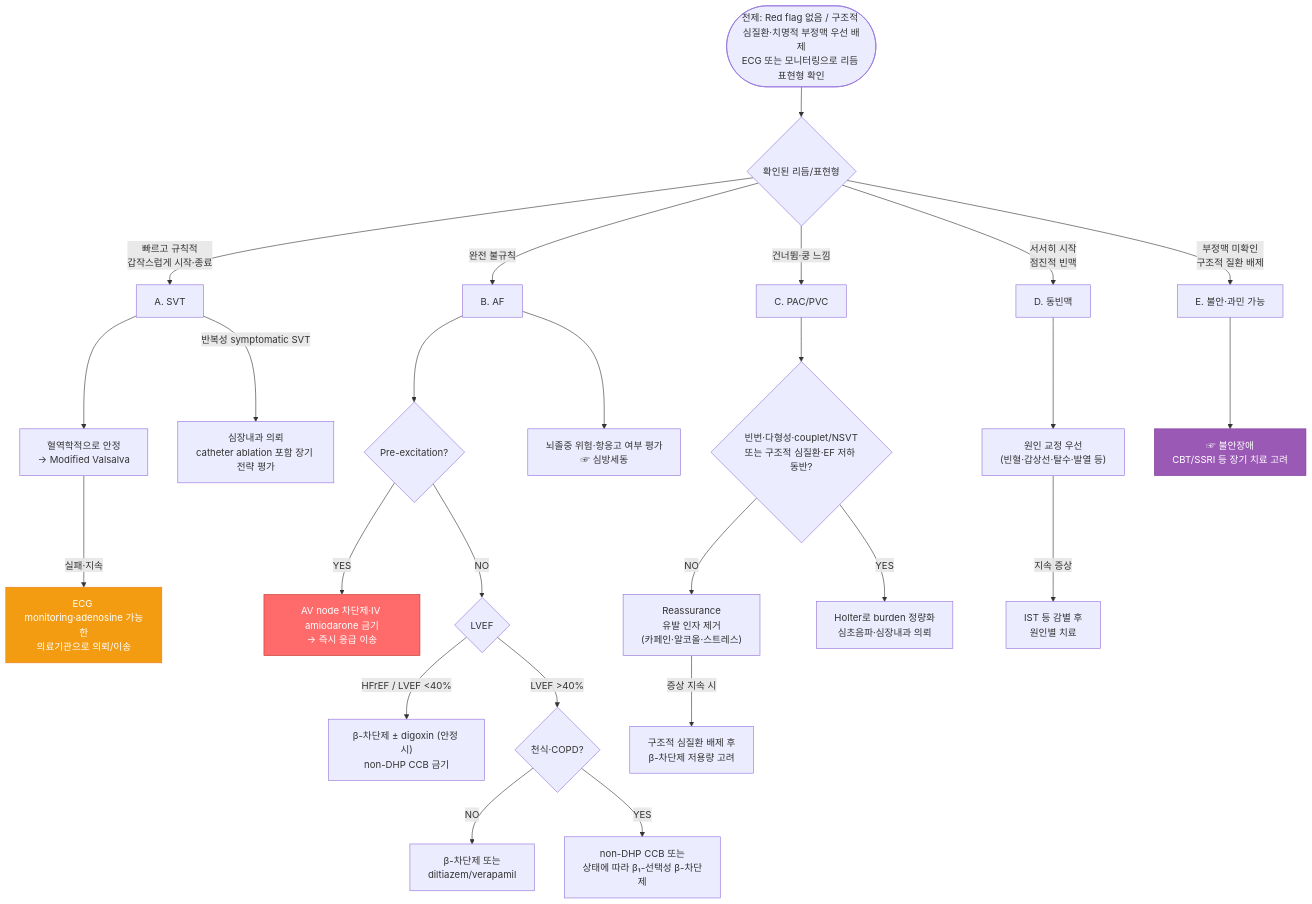
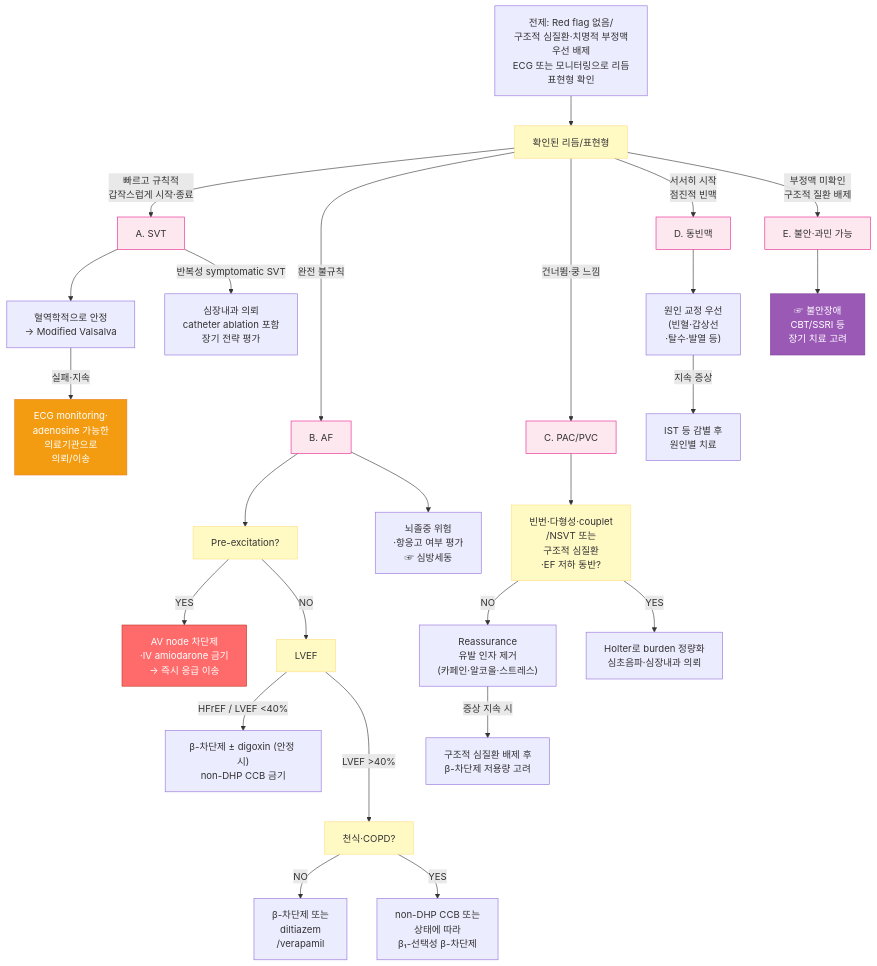
Before and after one commit to familyoh77/familyoh77: the diagram in 220_/009_-palpitation.md, drawn with Mermaid. The commit also changed other lines of this file, not shown here.

````diff
--- a/220_/009_-palpitation.md
+++ b/220_/009_-palpitation.md
@@ -187,37 +194,34 @@
 ```mermaid
 graph TD
-    Start(["전제: Red flag 없음 / 구조적 심질환·치명적 부정맥 우선 배제<br/>ECG 또는 모니터링으로 리듬 표현형 확인"]) --> Rhythm{확인된 리듬/표현형}
-
+    Start["전제: Red flag 없음/<br/>구조적 심질환·치명적 부정맥 <br/>우선 배제<br/>ECG 또는 모니터링으로 리듬 <br/>표현형 확인"] --> Rhythm[확인된 리듬/표현형]
     Rhythm -->|"빠르고 규칙적<br/>갑작스럽게 시작·종료"| SVT["A. SVT"]
-    Rhythm -->|"완전 불규칙"| AF["B. AF"]
-    Rhythm -->|"건너뜀·쿵 느낌"| PVC["C. PAC/PVC"]
+    Rhythm ---->|"완전 불규칙"| AF["B. AF"]
+    Rhythm ---->|"건너뜀·쿵 느낌"| PVC["C. PAC/PVC"]
     Rhythm -->|"서서히 시작<br/>점진적 빈맥"| Sinus["D. 동빈맥"]
     Rhythm -->|"부정맥 미확인<br/>구조적 질환 배제"| Anxiety["E. 불안·과민 가능"]
-
     SVT --> Vagal["혈역학적으로 안정<br/>→ Modified Valsalva"]
-    Vagal -->|"실패·지속"| ER1["ECG monitoring·adenosine 가능한<br/>의료기관으로 의뢰/이송"]
-    SVT -->|"반복성 symptomatic SVT"| SVTref["심장내과 의뢰<br/>catheter ablation 포함 장기 전략 평가"]
-
-    AF --> PreEx{"Pre-excitation?"}
-    PreEx -->|"YES"| WPW["AV node 차단제·IV amiodarone 금기<br/>→ 즉시 응급 이송"]
-    PreEx -->|"NO"| EF{"LVEF"}
+    Vagal -->|"실패·지속"| ER1["ECG monitoring·<br/>adenosine 가능한<br/>의료기관으로 <br/>의뢰/이송"]
+    SVT -->|"반복성 symptomatic SVT"| SVTref["심장내과 의뢰<br/>catheter ablation 포함 <br/>장기 전략 평가"]
+    AF --> PreEx["Pre-excitation?"]
+    PreEx -->|"YES"| WPW["AV node 차단제<br/>·IV amiodarone 금기<br/>→ 즉시 응급 이송"]
+    PreEx -->|"NO"| EF["LVEF"]
     EF -->|"HFrEF / LVEF <40%"| AFhf["β-차단제 ± digoxin (안정 시)<br/>non-DHP CCB 금기"]
-    EF -->|"LVEF >40%"| Resp{"천식·COPD?"}
-    Resp -->|"NO"| AFnormal["β-차단제 또는<br/>diltiazem/verapamil"]
-    Resp -->|"YES"| AFcopd["non-DHP CCB 또는<br/>상태에 따라 β₁-선택성 β-차단제"]
-    AF --> Stroke["뇌졸중 위험·항응고 여부 평가<br/>☞ 심방세동"]
-
-    PVC --> PVCBurden{"빈번·다형성·couplet/NSVT<br/>또는 구조적 심질환·EF 저하 동반?"}
+    EF --->|"LVEF >40%"| Resp["천식·COPD?"]
+    Resp -->|"NO"| AFnormal["β-차단제 또는<br/>diltiazem<br/>/verapamil"]
+    Resp -->|"YES"| AFcopd["non-DHP CCB 또는<br/>상태에 따라 <br/>β₁-선택성 β-차단제"]
+    AF --> Stroke["뇌졸중 위험<br/>·항응고 여부 평가<br/>☞ 심방세동"]
+    PVC --> PVCBurden["빈번·다형성·couplet<br/>/NSVT 또는<br/> 구조적 심질환<br/>·EF 저하 동반?"]
     PVCBurden -->|"NO"| PVC1["Reassurance<br/>유발 인자 제거<br/>(카페인·알코올·스트레스)"]
     PVC1 -->|"증상 지속 시"| BB3["구조적 심질환 배제 후<br/>β-차단제 저용량 고려"]
     PVCBurden -->|"YES"| PVCref["Holter로 burden 정량화<br/>심초음파·심장내과 의뢰"]
-
-    Sinus --> Sinus1["원인 교정 우선<br/>(빈혈·갑상선·탈수·발열 등)"]
+    Sinus --> Sinus1["원인 교정 우선<br/>(빈혈·갑상선<br/>·탈수·발열 등)"]
     Sinus1 -->|"지속 증상"| Sinus2["IST 등 감별 후<br/>원인별 치료"]
-
-    Anxiety --> Anxiety1["☞ 불안장애<br/>CBT/SSRI 등 장기 치료 고려"]
-
+    Anxiety --> Anxiety1["☞ 불안장애<br/>CBT/SSRI 등 <br/>장기 치료 고려"]
     style WPW fill:#ff6b6b,stroke:#c0392b,color:#fff
     style ER1 fill:#f39c12,stroke:#e67e22,color:#fff
     style Anxiety1 fill:#9b59b6,stroke:#7d3c98,color:#fff
+classDef yellow fill:#fff9c4,stroke:#ffe082
+class PreEx,Rhythm,EF,Resp,PVCBurden yellow
+classDef pink fill:#fde8f0,stroke:#e91e8c
+class SVT,AF,PVC,Sinus,Anxiety pink
 ```
````
